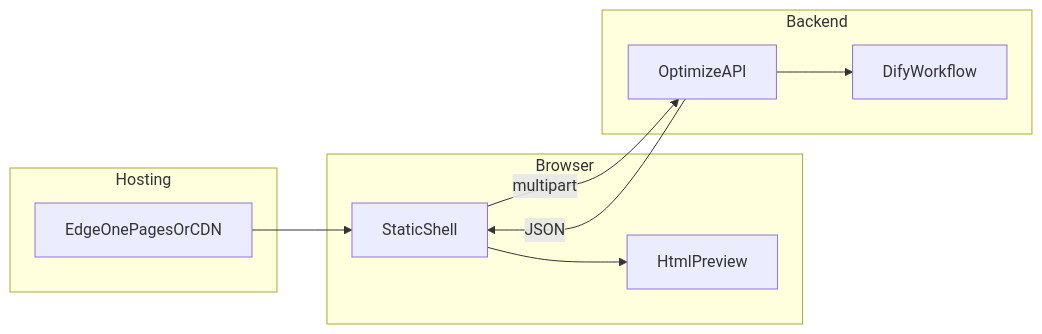
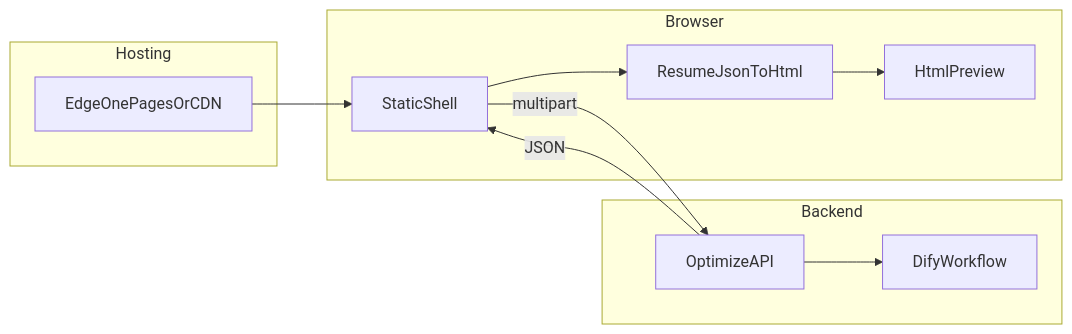
Before and after one commit to kazukiyo17/one-job-one-resume: the diagram in docs/design.md, drawn with Mermaid. The commit also changed other lines of this file and 52 other files, not shown here.

````diff
--- a/docs/design.md
+++ b/docs/design.md
@@ -27,19 +28,21 @@
 ```mermaid
 flowchart LR
   subgraph client [Browser]
     StaticPage[StaticShell]
+    Render[ResumeJsonToHtml]
     Preview[HtmlPreview]
-    StaticPage --> Preview
+    StaticPage --> Render
+    Render --> Preview
   end
   subgraph edge [Hosting]
     EdgeOne[EdgeOnePagesOrCDN]
   end
   subgraph server [Backend]
     Api[OptimizeAPI]
     Dify[DifyWorkflow]
     Api --> Dify
   end
   EdgeOne --> StaticPage
   StaticPage -->|multipart| Api
   Api -->|JSON| StaticPage
 ```
````
